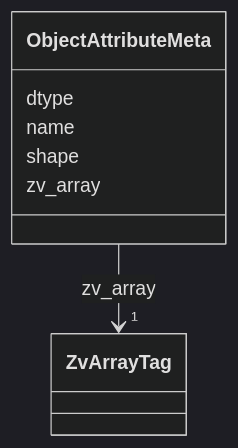
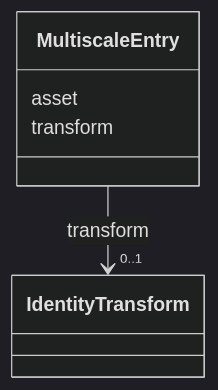
One commit to AllenInstitute/zarr-vectors-py changed diagram 17 of 35 in schema/reference.md. Above: the diagram before and after it, drawn with Mermaid (dark theme). The commit also changed other lines of this file and 14 other files, not shown here.

First line of the commit message:
Replace the LinkML schema with the convention's model from zarr_vectors

````diff
--- a/schema/reference.md
+++ b/schema/reference.md
@@ -5103,23 +5820,19 @@
 ```mermaid
  classDiagram
-    class ObjectAttributeMeta
-    click ObjectAttributeMeta href "../ObjectAttributeMeta/"
-      ObjectAttributeMeta : dtype
+    class MultiscaleEntry
+    click MultiscaleEntry href "../MultiscaleEntry/"
+      MultiscaleEntry : asset
         
-      ObjectAttributeMeta : name
-        
-      ObjectAttributeMeta : shape
-        
-      ObjectAttributeMeta : zv_array
+      MultiscaleEntry : transform
         
           
     
         
         
-        ObjectAttributeMeta --> "1" ZvArrayTag : zv_array
-        click ZvArrayTag href "../ZvArrayTag/"
+        MultiscaleEntry --> "0..1" IdentityTransform : transform
+        click IdentityTransform href "../IdentityTransform/"
     
 
         
       
 ```
````
